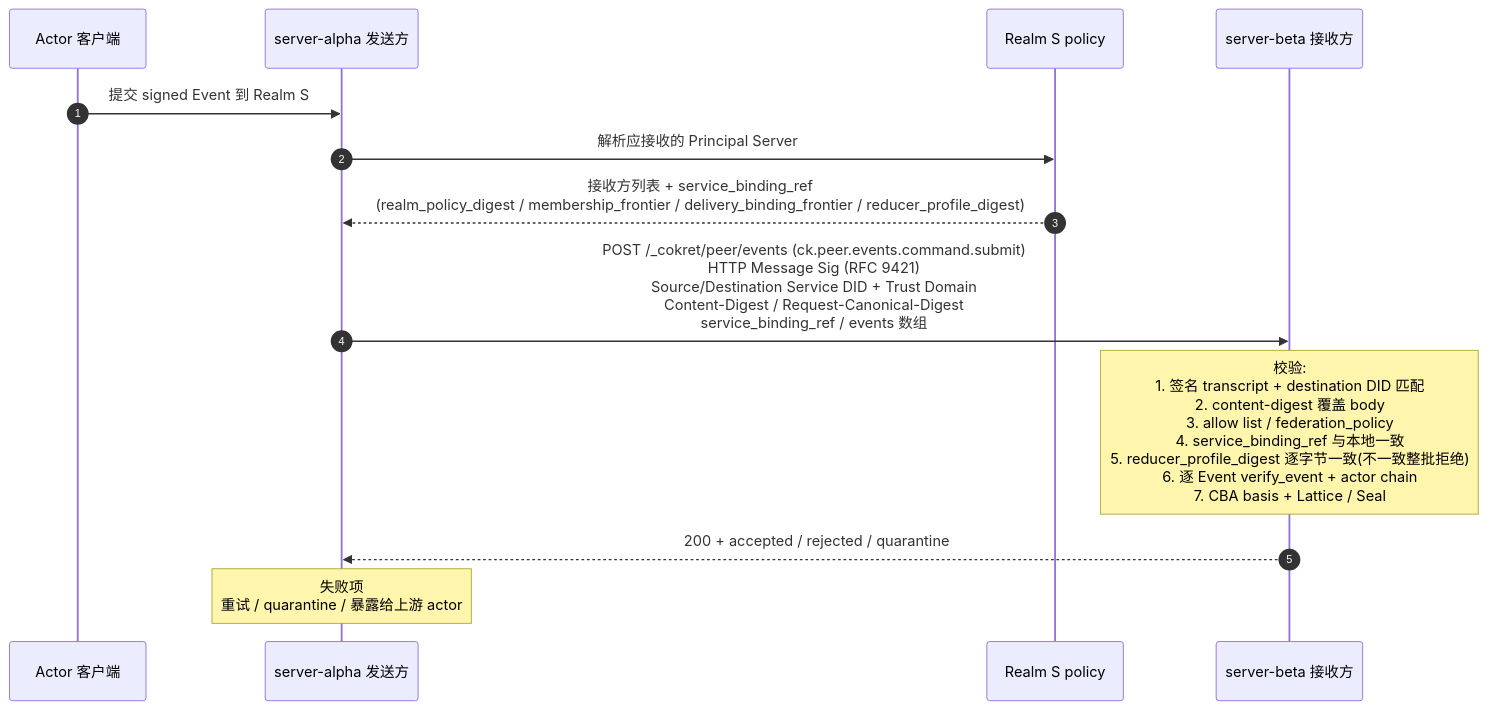
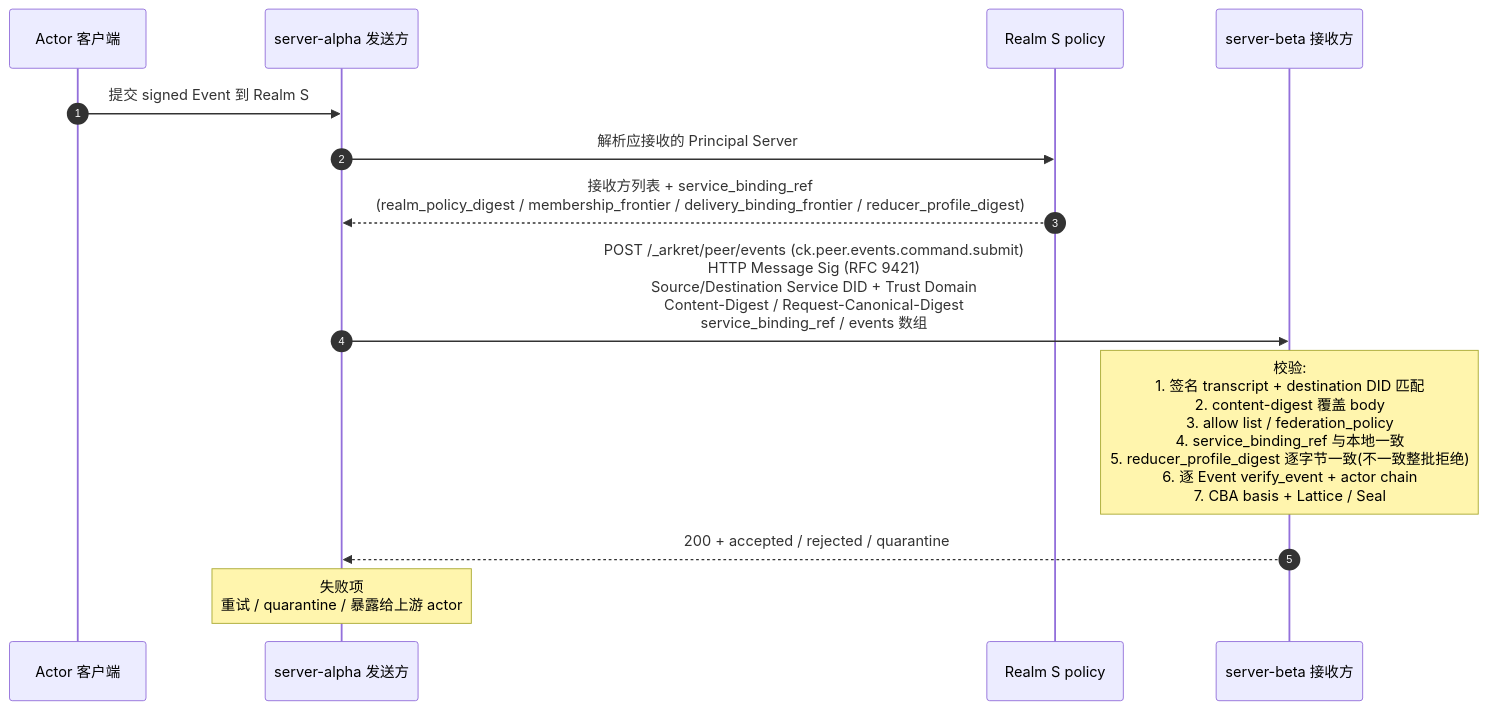
One commit to arkret-org/arkret-spec changed the diagram in spec/v1/zh/sync/federation.md. Above: the diagram before and after it, drawn with Mermaid. The commit also changed other lines of this file and 238 other files, not shown here.

````diff
--- a/spec/v1/zh/sync/federation.md
+++ b/spec/v1/zh/sync/federation.md
@@ -427,16 +427,16 @@
 ```mermaid
 sequenceDiagram
     autonumber
     participant Cli as Actor 客户端
     participant Alpha as server-alpha 发送方
     participant Pol as Realm S policy
     participant Beta as server-beta 接收方
 
     Cli->>Alpha: 提交 signed Event 到 Realm S
     Alpha->>Pol: 解析应接收的 Principal Server
     Pol-->>Alpha: 接收方列表 + service_binding_ref<br>(realm_policy_digest / membership_frontier / delivery_binding_frontier / reducer_profile_digest)
-    Alpha->>Beta: POST /_cokret/peer/events (ck.peer.events.command.submit)<br>HTTP Message Sig (RFC 9421)<br>Source/Destination Service DID + Trust Domain<br>Content-Digest / Request-Canonical-Digest<br>service_binding_ref / events 数组
+    Alpha->>Beta: POST /_arkret/peer/events (ck.peer.events.command.submit)<br>HTTP Message Sig (RFC 9421)<br>Source/Destination Service DID + Trust Domain<br>Content-Digest / Request-Canonical-Digest<br>service_binding_ref / events 数组
     note over Beta: 校验:<br>1. 签名 transcript + destination DID 匹配<br>2. content-digest 覆盖 body<br>3. allow list / federation_policy<br>4. service_binding_ref 与本地一致<br>5. reducer_profile_digest 逐字节一致(不一致整批拒绝)<br>6. 逐 Event verify_event + actor chain<br>7. CBA basis + Lattice / Seal
     Beta-->>Alpha: 200 + accepted / rejected / quarantine
     note over Alpha: 失败项<br>重试 / quarantine / 暴露给上游 actor
 ```
````
